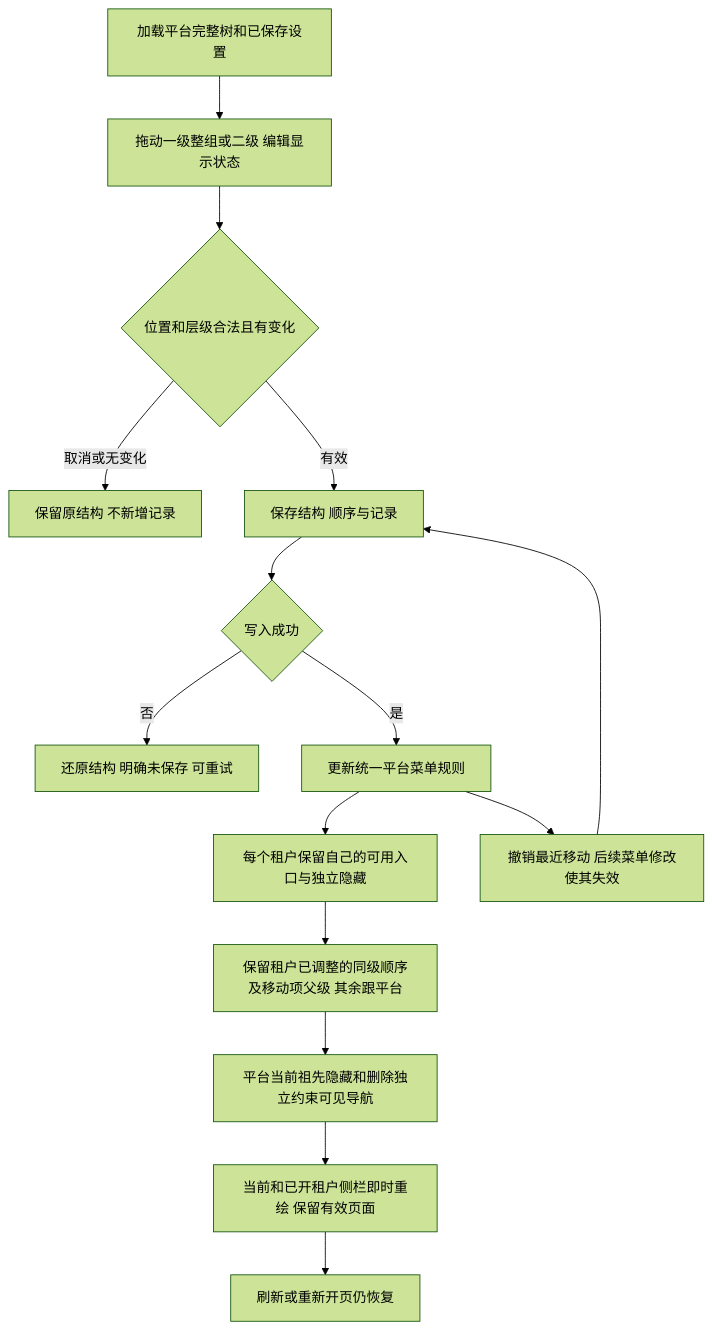
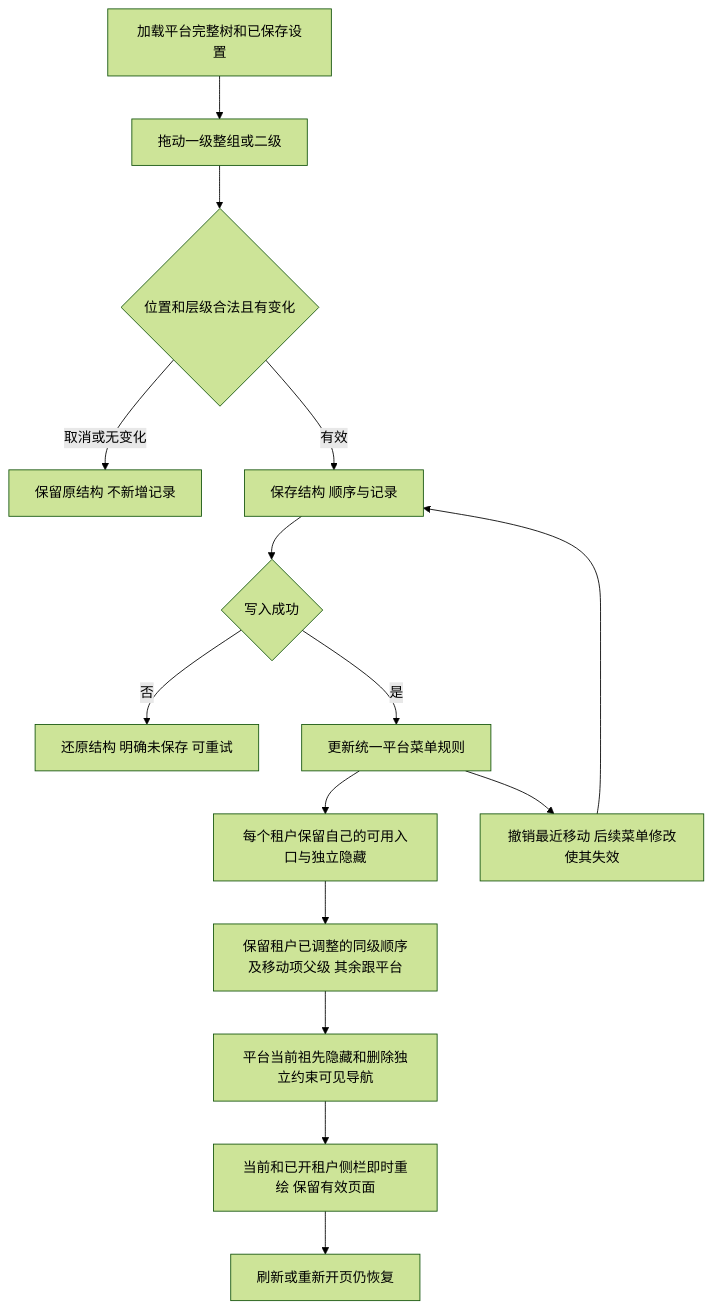
The diagram in flowcharts/platform-menu-drag.md (xfang9528-glitch/suiyin-admin), drawn with Mermaid (forest theme) before and after one commit. The commit also changed other lines of this file and 83 other files, not shown here.

```diff
--- a/flowcharts/platform-menu-drag.md
+++ b/flowcharts/platform-menu-drag.md
@@ -5,17 +5,17 @@
 ~~~mermaid
 flowchart TD
-    Load[加载平台完整树和已保存设置] --> Action[拖动一级整组或二级 编辑显示状态]
+    Load[加载平台完整树和已保存设置] --> Action[拖动一级整组或二级]
     Action --> Target{位置和层级合法且有变化}
     Target -->|取消或无变化| Keep[保留原结构 不新增记录]
     Target -->|有效| Save[保存结构 顺序与记录]
     Save --> Result{写入成功}
     Result -->|否| Rollback[还原结构 明确未保存 可重试]
     Result -->|是| Shared[更新统一平台菜单规则]
     Shared --> Tenant[每个租户保留自己的可用入口与独立隐藏]
     Tenant --> Local[保留租户已调整的同级顺序及移动项父级 其余跟平台]
     Local --> Nav[平台当前祖先隐藏和删除独立约束可见导航]
     Nav --> Refresh[当前和已开租户侧栏即时重绘 保留有效页面]
     Refresh --> Reload[刷新或重新开页仍恢复]
     Shared --> Undo[撤销最近移动 后续菜单修改使其失效]
     Undo --> Save
 ~~~
```
